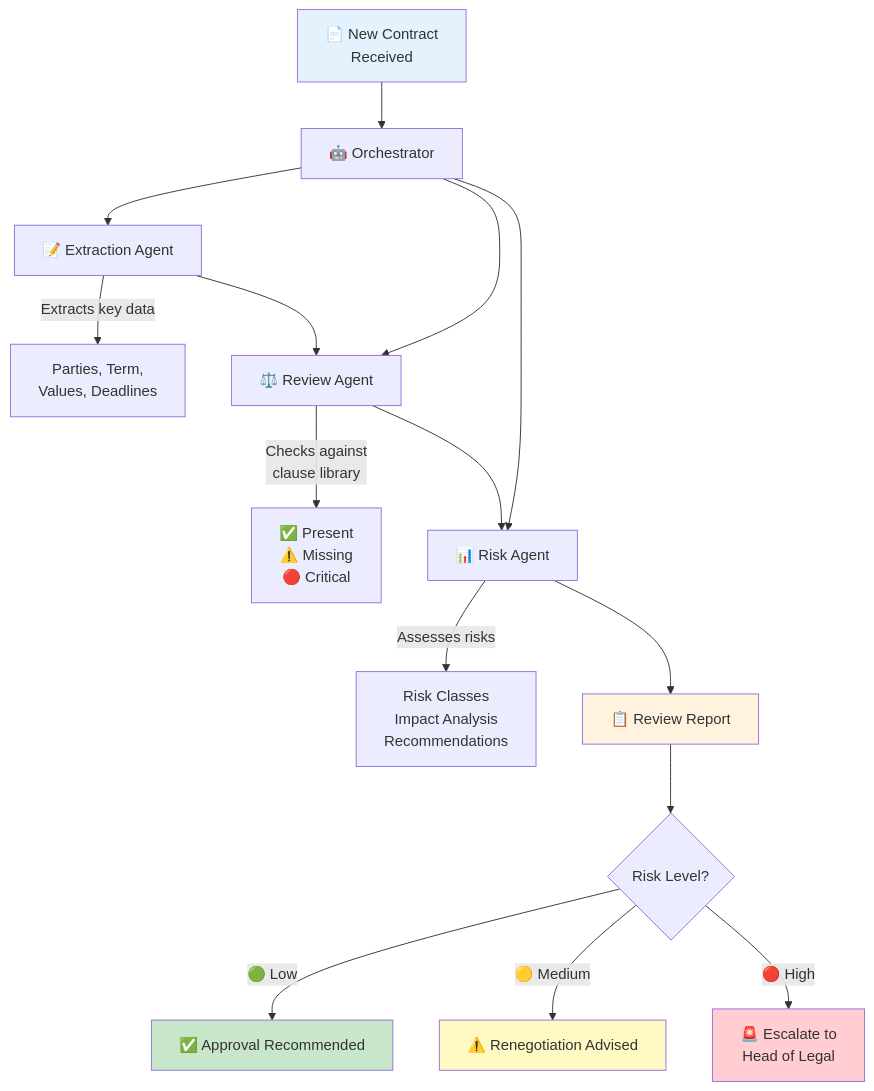
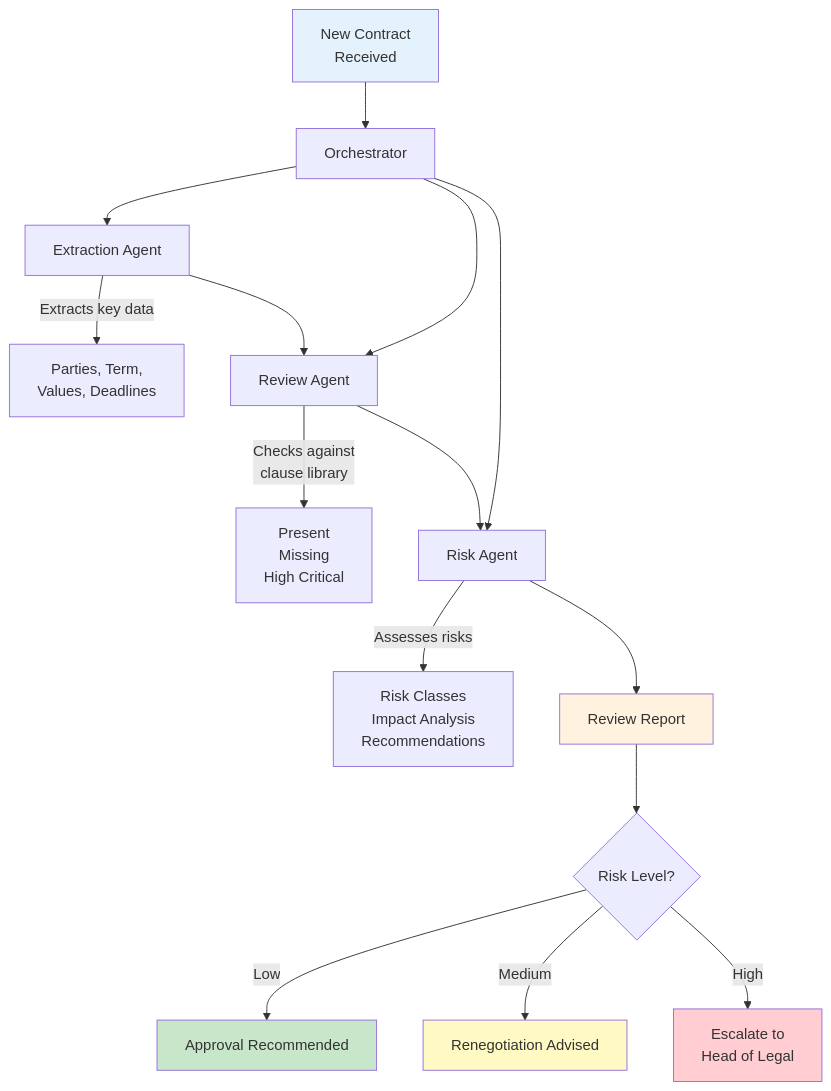
The second of 2 diagrams in law_en.md (justinsz/ProPrompt), drawn with Mermaid before and after one commit. The commit also changed other lines of this file and 11 other files, not shown here.

````diff
--- a/law_en.md
+++ b/law_en.md
@@ -323,25 +323,25 @@
 ```mermaid
 flowchart TB
-    A[📄 New Contract<br/>Received] --> B[🤖 Orchestrator]
-    
-    B --> C[📝 Extraction Agent]
-    B --> D[⚖️ Review Agent]
-    B --> E[📊 Risk Agent]
-    
+    A[New Contract<br/>Received] --> B[Orchestrator]
+
+    B --> C[Extraction Agent]
+    B --> D[Review Agent]
+    B --> E[Risk Agent]
+
     C --> |Extracts key data| C1[Parties, Term,<br/>Values, Deadlines]
     C --> D
-    D --> |Checks against<br/>clause library| D1[✅ Present<br/>⚠️ Missing<br/>🔴 Critical]
+    D --> |Checks against<br/>clause library| D1[Present<br/> Missing<br/>High Critical]
     D --> E
     E --> |Assesses risks| E1[Risk Classes<br/>Impact Analysis<br/>Recommendations]
-    E --> F[📋 Review Report]
+    E --> F[Review Report]
     F --> G{Risk Level?}
-    G -- 🟢 Low --> H[✅ Approval Recommended]
-    G -- 🟡 Medium --> I[⚠️ Renegotiation Advised]
-    G -- 🔴 High --> J[🚨 Escalate to<br/>Head of Legal]
-    
+    G -- Low --> H[Approval Recommended]
+    G -- Medium --> I[Renegotiation Advised]
+    G -- High --> J[Escalate to<br/>Head of Legal]
+
     style A fill:#e3f2fd
     style F fill:#fff3e0
     style H fill:#c8e6c9
     style I fill:#fff9c4
     style J fill:#ffcdd2
 ```
````
